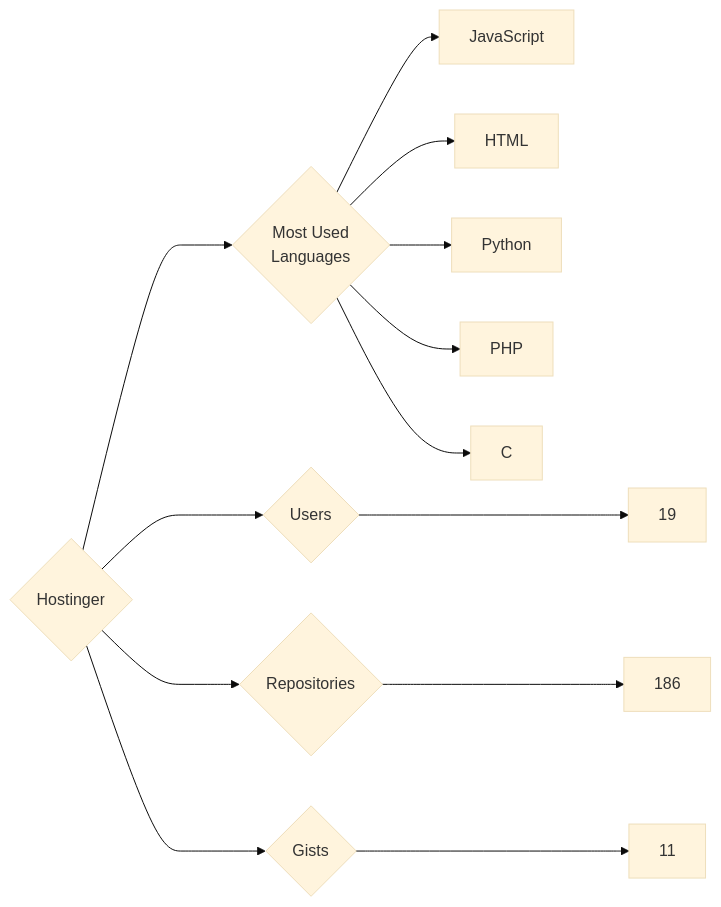
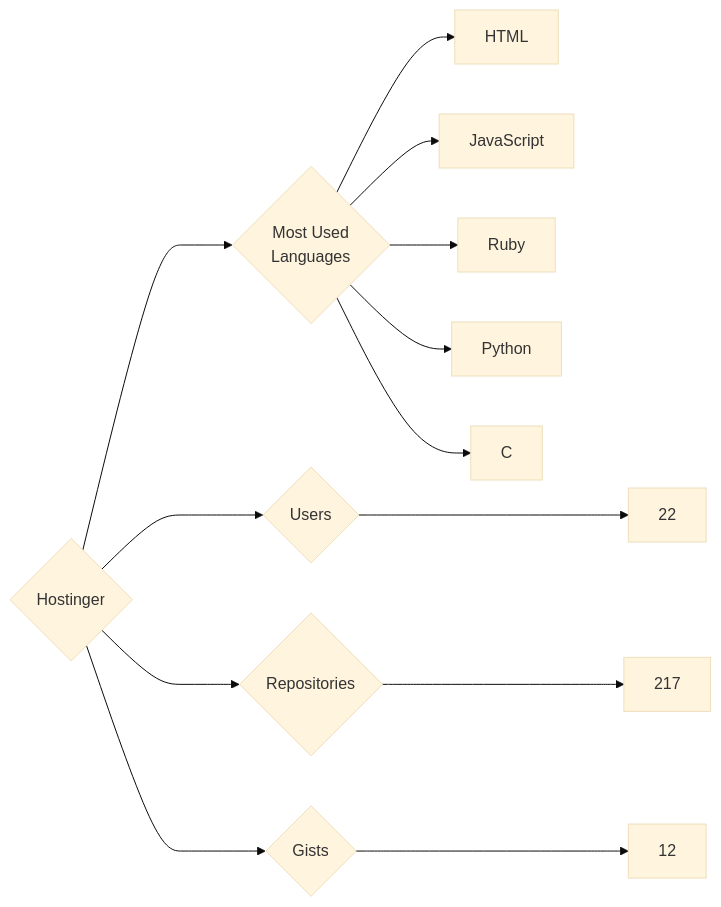
Before and after one commit to trickest/insiders: the diagram in targets/Hostinger/README.md, drawn with Mermaid (base theme). The commit also changed 826 other files, not shown here.

````diff
--- a/targets/Hostinger/README.md
+++ b/targets/Hostinger/README.md
@@ -3,13 +3,13 @@
 ```mermaid
 graph LR
 COMPANY_NAME{Hostinger}
-COMPANY_NAME ---> U{Users} ---> UN[19]
-COMPANY_NAME ---> R{Repositories} ---> RN[186]
-COMPANY_NAME ---> G{Gists} ---> GN[11]
+COMPANY_NAME ---> U{Users} ---> UN[22]
+COMPANY_NAME ---> R{Repositories} ---> RN[217]
+COMPANY_NAME ---> G{Gists} ---> GN[12]
 COMPANY_NAME ---> ML{Most Used<br>Languages}
+ML --> HTML[HTML]
 ML --> JavaScript[JavaScript]
-ML --> HTML[HTML]
+ML --> Ruby[Ruby]
 ML --> Python[Python]
-ML --> PHP[PHP]
 ML --> C[C]
 ```
````
